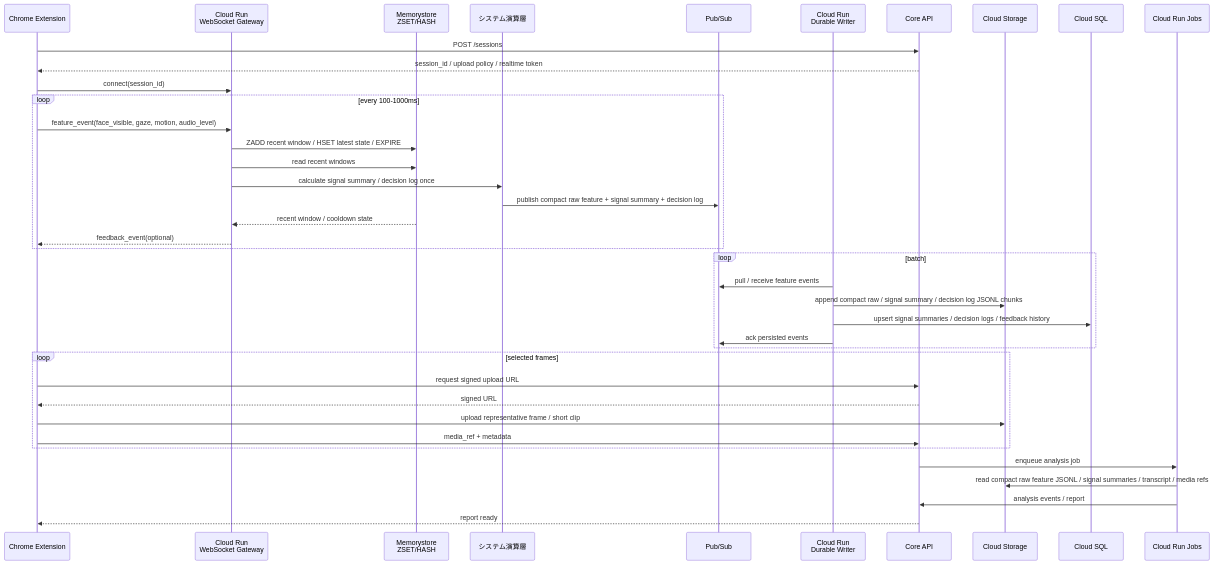
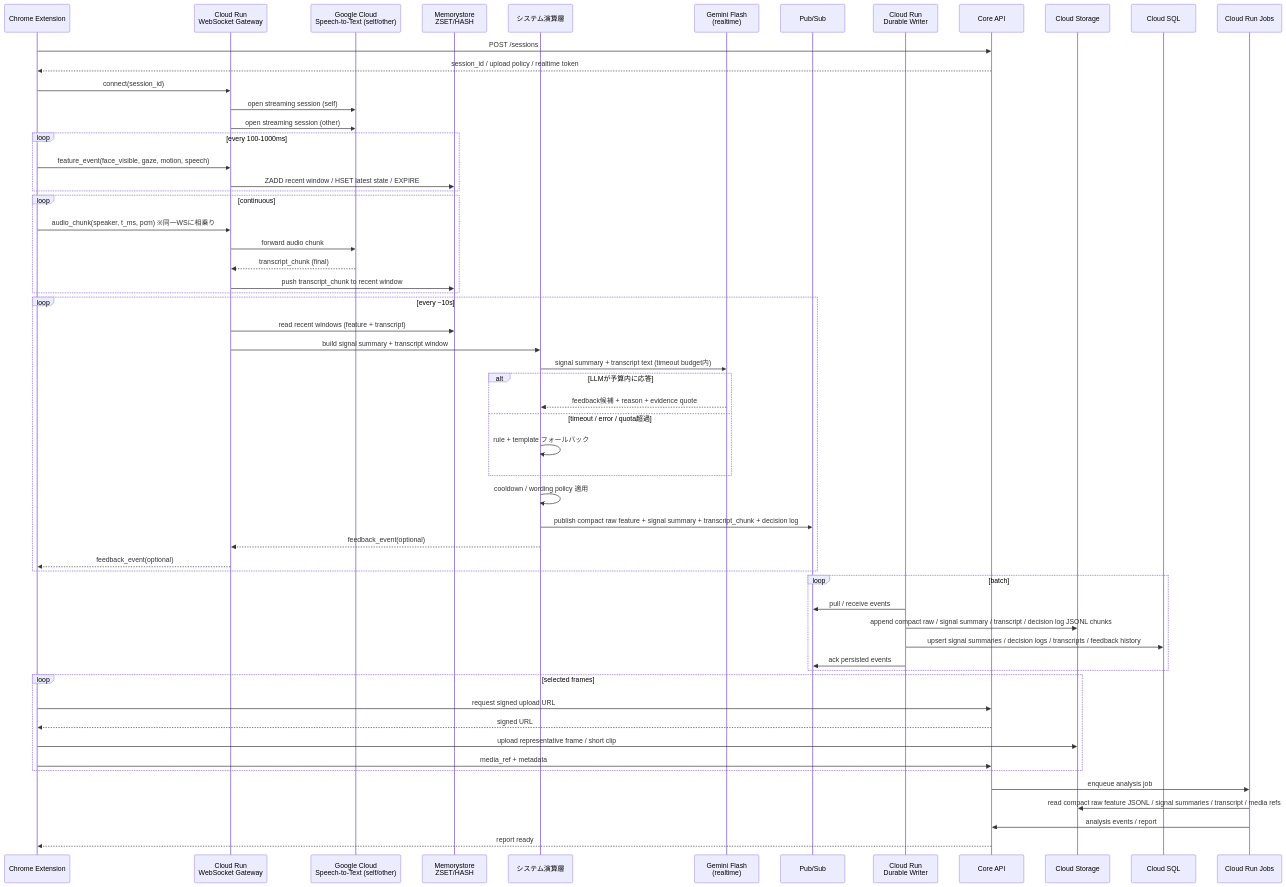
Before and after one commit to k-kanke/reaction-engine: the fourth of 6 diagrams in plan/1st-plan.md, drawn with Mermaid. The commit also changed other lines of this file and 1 other file, not shown here.

````diff
--- a/plan/1st-plan.md
+++ b/plan/1st-plan.md
@@ -243,46 +258,68 @@
 ```mermaid
 sequenceDiagram
   participant Ext as Chrome Extension
   participant WS as Cloud Run<br/>WebSocket Gateway
+  participant STT as Google Cloud<br/>Speech-to-Text (self/other)
   participant Redis as Memorystore<br/>ZSET/HASH
   participant Compute as システム演算層
+  participant LLM as Gemini Flash<br/>(realtime)
   participant PubSub as Pub/Sub
   participant Writer as Cloud Run<br/>Durable Writer
   participant API as Core API
   participant Obj as Cloud Storage
   participant DB as Cloud SQL
   participant Worker as Cloud Run Jobs
 
   Ext->>API: POST /sessions
   API-->>Ext: session_id / upload policy / realtime token
 
   Ext->>WS: connect(session_id)
+  WS->>STT: open streaming session (self)
+  WS->>STT: open streaming session (other)
+
   loop every 100-1000ms
-    Ext->>WS: feature_event(face_visible, gaze, motion, audio_level)
+    Ext->>WS: feature_event(face_visible, gaze, motion, speech)
     WS->>Redis: ZADD recent window / HSET latest state / EXPIRE
-    WS->>Redis: read recent windows
-    WS->>Compute: calculate signal summary / decision log once
-    Compute->>PubSub: publish compact raw feature + signal summary + decision log
-    Redis-->>WS: recent window / cooldown state
+  end
+
+  loop continuous
+    Ext->>WS: audio_chunk(speaker, t_ms, pcm) ※同一WSに相乗り
+    WS->>STT: forward audio chunk
+    STT-->>WS: transcript_chunk (final)
+    WS->>Redis: push transcript_chunk to recent window
+  end
+
+  loop every ~10s
+    WS->>Redis: read recent windows (feature + transcript)
+    WS->>Compute: build signal summary + transcript window
+    Compute->>LLM: signal summary + transcript text (timeout budget内)
+    alt LLMが予算内に応答
+      LLM-->>Compute: feedback候補 + reason + evidence quote
+    else timeout / error / quota超過
+      Compute->>Compute: rule + template フォールバック
+    end
+    Compute->>Compute: cooldown / wording policy 適用
+    Compute->>PubSub: publish compact raw feature + signal summary + transcript_chunk + decision log
+    Compute-->>WS: feedback_event(optional)
     WS-->>Ext: feedback_event(optional)
   end
 
   loop batch
-    Writer->>PubSub: pull / receive feature events
-    Writer->>Obj: append compact raw / signal summary / decision log JSONL chunks
-    Writer->>DB: upsert signal summaries / decision logs / feedback history
+    Writer->>PubSub: pull / receive events
+    Writer->>Obj: append compact raw / signal summary / transcript / decision log JSONL chunks
+    Writer->>DB: upsert signal summaries / decision logs / transcripts / feedback history
     Writer->>PubSub: ack persisted events
   end
 
   loop selected frames
     Ext->>API: request signed upload URL
     API-->>Ext: signed URL
     Ext->>Obj: upload representative frame / short clip
     Ext->>API: media_ref + metadata
   end
 
   API->>Worker: enqueue analysis job
   Worker->>Obj: read compact raw feature JSONL / signal summaries / transcript / media refs
   Worker->>API: analysis events / report
   API-->>Ext: report ready
 ```
````
